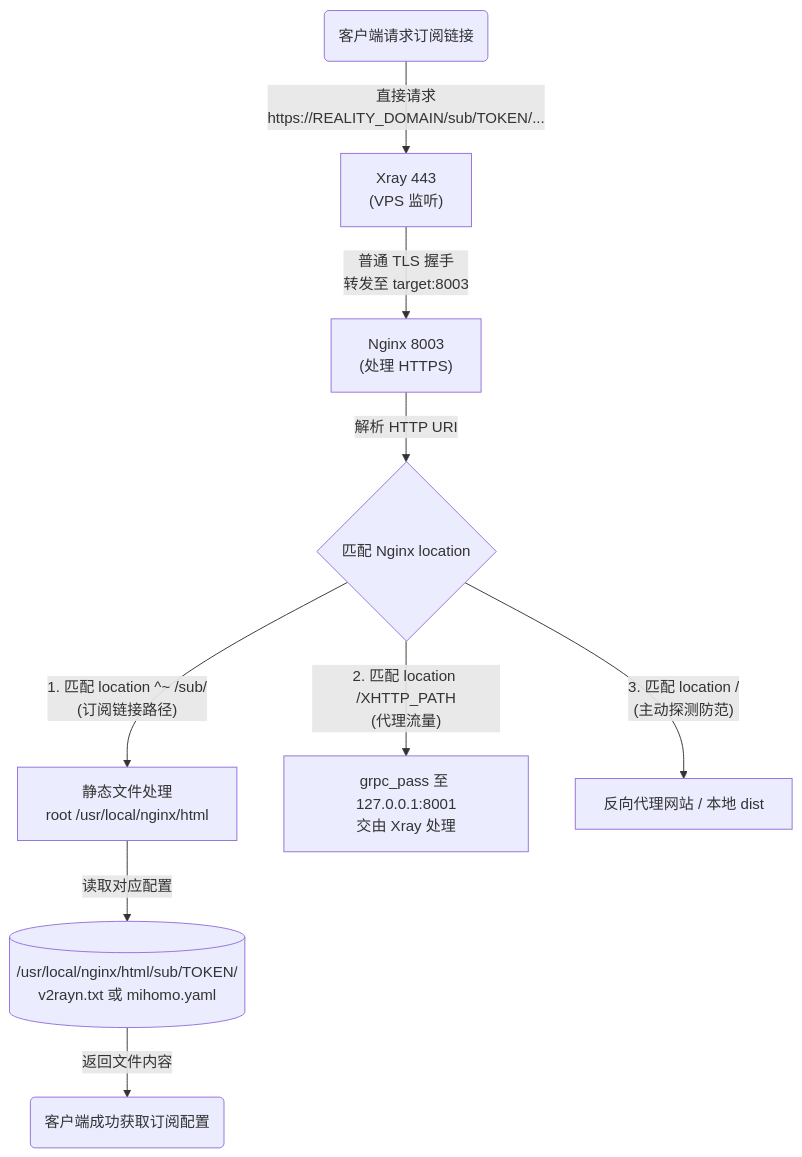
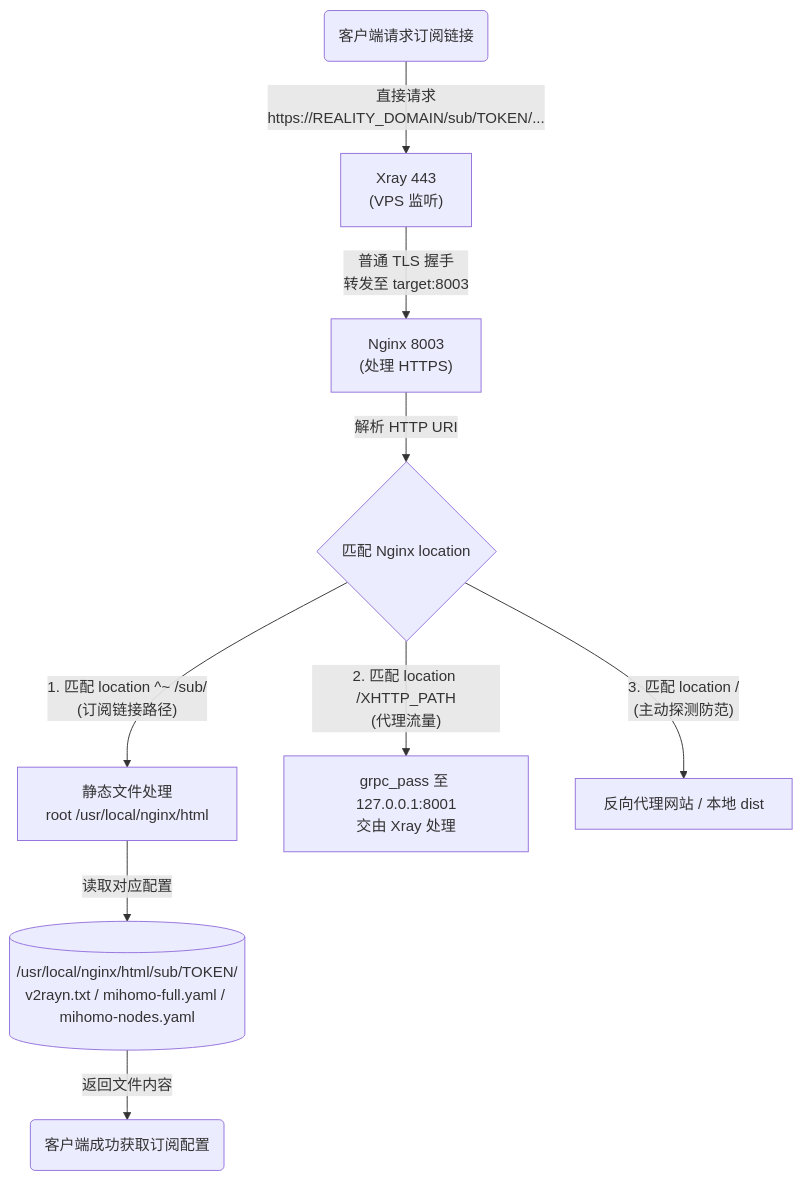
Before and after one commit to Yulinanami/my-xhttp-cdn-config: the second of 2 diagrams in docs/5.流程图.md, drawn with Mermaid. The commit also changed other lines of this file and 13 other files, not shown here.

````diff
--- a/docs/5.流程图.md
+++ b/docs/5.流程图.md
@@ -75,18 +76,18 @@
 ```mermaid
 graph TD
 	SUB_START("客户端请求订阅链接")
 	
 	SUB_START -->|"直接请求<br/>https://REALITY_DOMAIN/sub/TOKEN/..."| SUB_XR443["Xray 443<br/>(VPS 监听)"]
 	
 	SUB_XR443 -->|"普通 TLS 握手<br/>转发至 target:8003"| SUB_NG8003["Nginx 8003<br/>(处理 HTTPS)"]
 	
 	SUB_NG8003 -->|"解析 HTTP URI"| SUB_NG_MATCH{"匹配 Nginx location"}
 	
 	SUB_NG_MATCH -->|"1. 匹配 location ^~ /sub/<br/>(订阅链接路径)"| SUB_NG_STATIC["静态文件处理<br/>root /usr/local/nginx/html"]
 	SUB_NG_MATCH -->|"2. 匹配 location /XHTTP_PATH<br/>(代理流量)"| SUB_NG_GRPC["grpc_pass 至 127.0.0.1:8001<br/>交由 Xray 处理"]
 	SUB_NG_MATCH -->|"3. 匹配 location /<br/>(主动探测防范)"| SUB_NG_PROXY["反向代理网站 / 本地 dist"]
 	
-	SUB_NG_STATIC -->|"读取对应配置"| SUB_FILE[("/usr/local/nginx/html/sub/TOKEN/<br/>v2rayn.txt 或 mihomo.yaml")]
+	SUB_NG_STATIC -->|"读取对应配置"| SUB_FILE[("/usr/local/nginx/html/sub/TOKEN/<br/>v2rayn.txt / mihomo-full.yaml / mihomo-nodes.yaml")]
 	
 	SUB_FILE -->|"返回文件内容"| SUB_END("客户端成功获取订阅配置")
 ```
````
